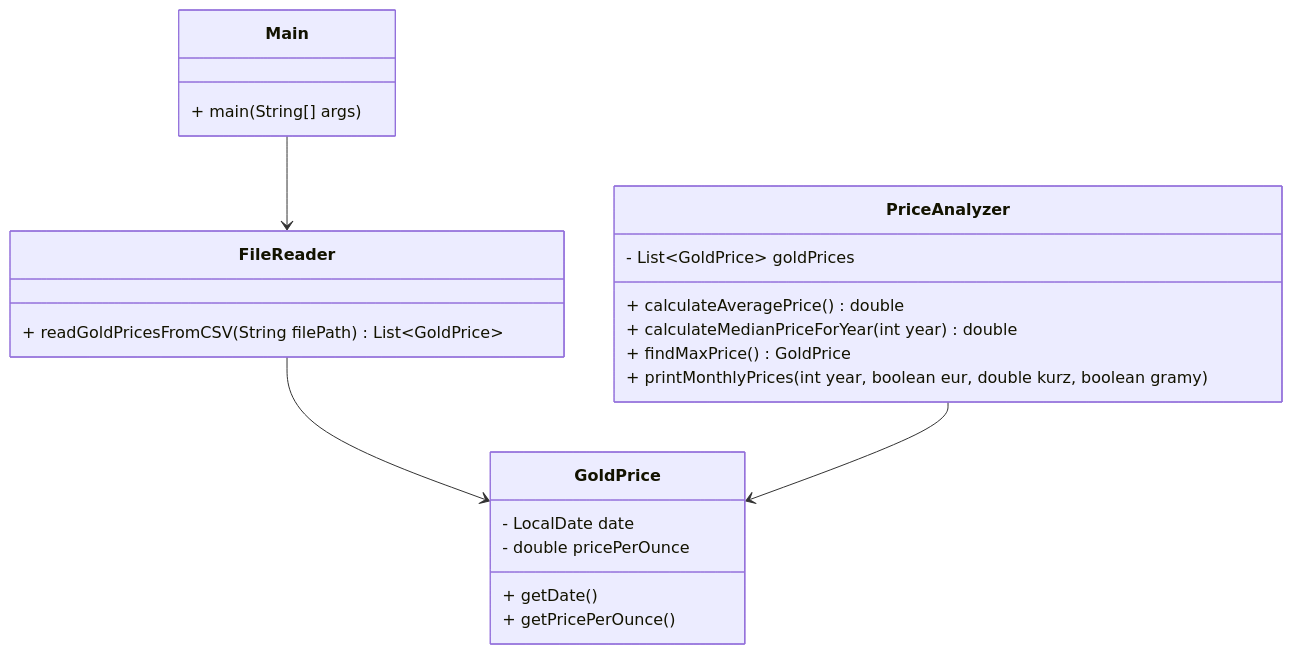
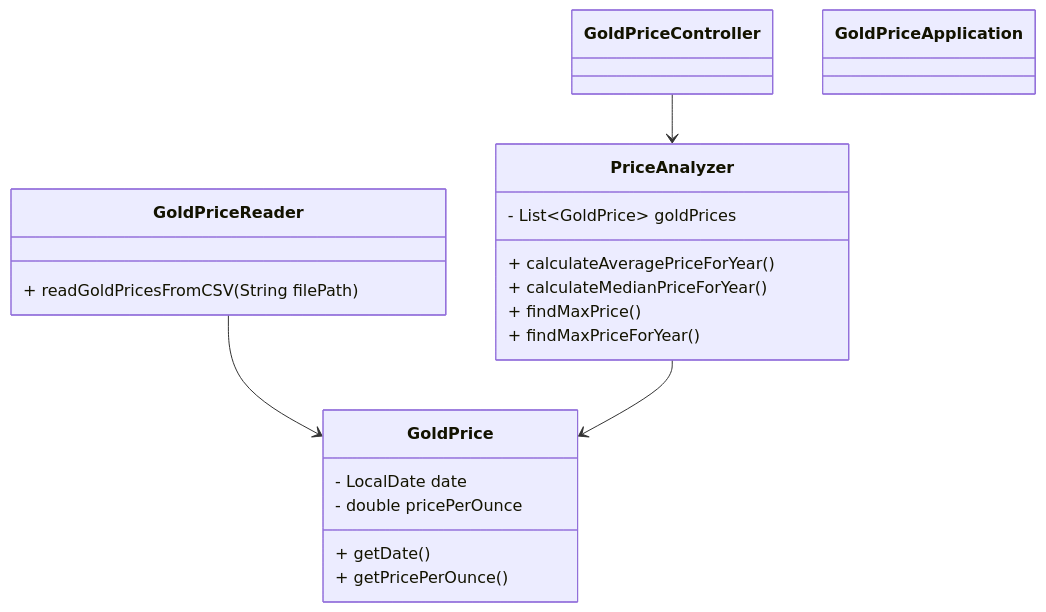
One commit to kavzdjj/analyza_ceny_zlata changed the first of 2 diagrams in README.md. Above: the diagram before and after it, drawn with Mermaid. The commit also changed other lines of this file and 5 other files, not shown here.

````diff
--- a/README.md
+++ b/README.md
@@ -28,29 +68,29 @@
 ```mermaid
 classDiagram
     class GoldPrice {
         - LocalDate date
         - double pricePerOunce
         + getDate()
         + getPricePerOunce()
     }
 
-    class FileReader {
-        + readGoldPricesFromCSV(String filePath) List~GoldPrice~
+    class GoldPriceReader {
+        + readGoldPricesFromCSV(String filePath)
     }
 
     class PriceAnalyzer {
         - List~GoldPrice~ goldPrices
-        + calculateAveragePrice() double
-        + calculateMedianPriceForYear(int year) double
-        + findMaxPrice() GoldPrice
-        + printMonthlyPrices(int year, boolean eur, double kurz, boolean gramy)
+        + calculateAveragePriceForYear()
+        + calculateMedianPriceForYear()
+        + findMaxPrice()
+        + findMaxPriceForYear()
     }
 
-    class Main {
-        + main(String[] args)
-    }
+    class GoldPriceController
 
-    FileReader --> GoldPrice
+    class GoldPriceApplication
+
+    GoldPriceReader --> GoldPrice
     PriceAnalyzer --> GoldPrice
-    Main --> FileReader
+    GoldPriceController --> PriceAnalyzer
 ```
````
